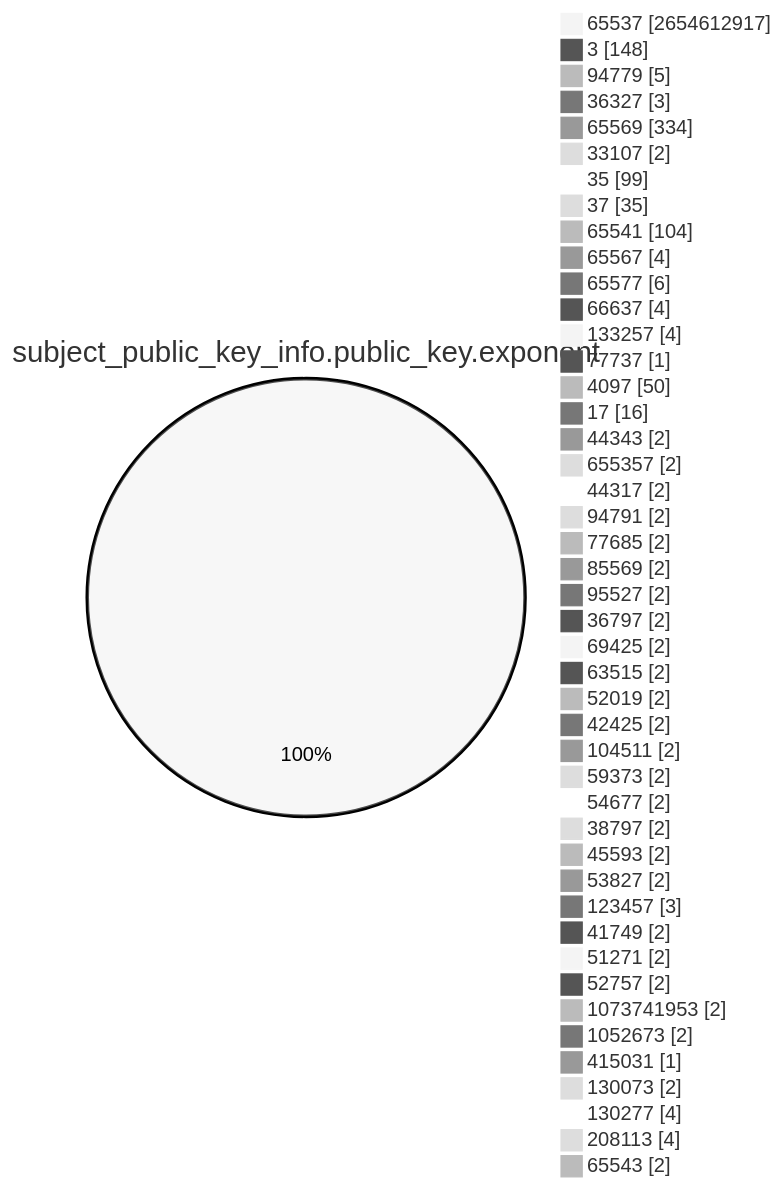
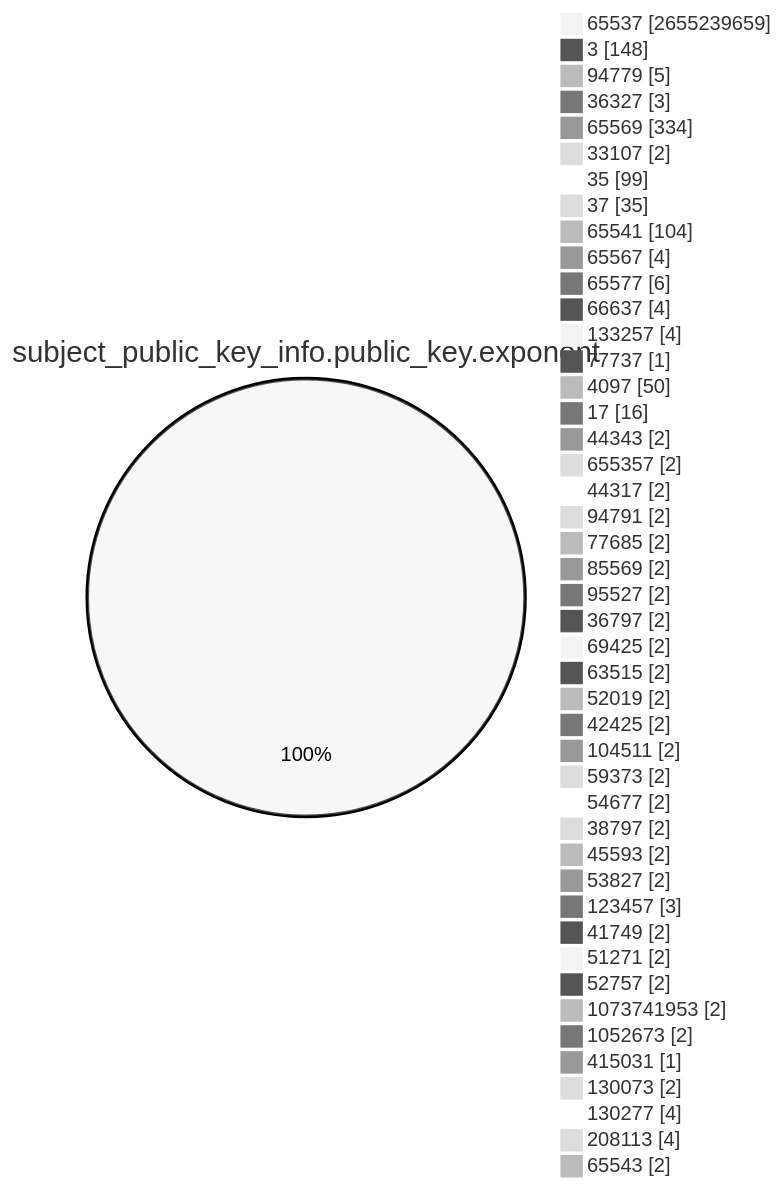
One commit to christiankrug/ctmonitor_visualization changed the fourth of 15 diagrams in TOTAL/README.md. Above: the diagram before and after it, drawn with Mermaid (neutral theme). The commit also changed other lines of this file, not shown here.

````diff
--- a/TOTAL/README.md
+++ b/TOTAL/README.md
@@ -1466,49 +1466,49 @@
 ```mermaid
 pie showData
 title subject_public_key_info.public_key.exponent
-"65537" :2654612917
+"65537" :2655239659
 "3" :148
 "94779" :5
 "36327" :3
 "65569" :334
 "33107" :2
 "35" :99
 "37" :35
 "65541" :104
 "65567" :4
 "65577" :6
 "66637" :4
 "133257" :4
 "77737" :1
 "4097" :50
 "17" :16
 "44343" :2
 "655357" :2
 "44317" :2
 "94791" :2
 "77685" :2
 "85569" :2
 "95527" :2
 "36797" :2
 "69425" :2
 "63515" :2
 "52019" :2
 "42425" :2
 "104511" :2
 "59373" :2
 "54677" :2
 "38797" :2
 "45593" :2
 "53827" :2
 "123457" :3
 "41749" :2
 "51271" :2
 "52757" :2
 "1073741953" :2
 "1052673" :2
 "415031" :1
 "130073" :2
 "130277" :4
 "208113" :4
 "65543" :2
 ```
````
